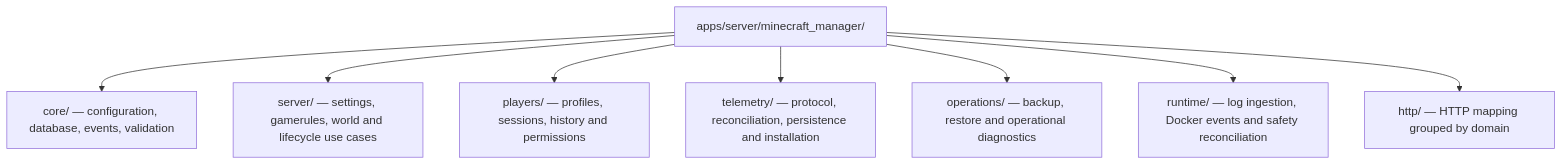
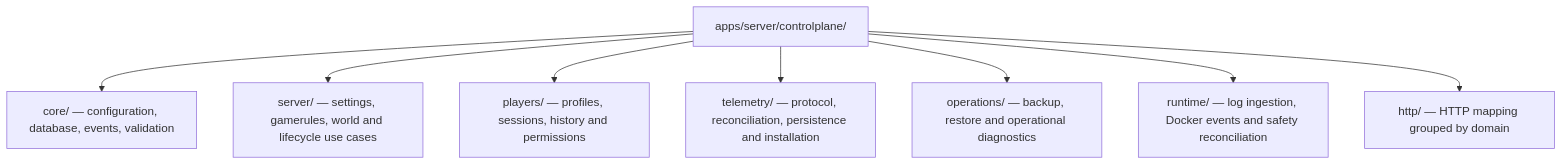
One commit to dgaramos/craftcontrol changed the second of 5 diagrams in docs/architecture.md. Above: the diagram before and after it, drawn with Mermaid. The commit also changed 107 other files, not shown here.

````diff
--- a/docs/architecture.md
+++ b/docs/architecture.md
@@ -31,10 +31,10 @@
 ```mermaid
 flowchart TD
-    manager["apps/server/minecraft_manager/"] --> core["core/ — configuration, database, events, validation"]
+    manager["apps/server/controlplane/"] --> core["core/ — configuration, database, events, validation"]
     manager --> server["server/ — settings, gamerules, world and lifecycle use cases"]
     manager --> players["players/ — profiles, sessions, history and permissions"]
     manager --> telemetry["telemetry/ — protocol, reconciliation, persistence and installation"]
     manager --> operations["operations/ — backup, restore and operational diagnostics"]
     manager --> runtime["runtime/ — log ingestion, Docker events and safety reconciliation"]
     manager --> http["http/ — HTTP mapping grouped by domain"]
 ```
````
